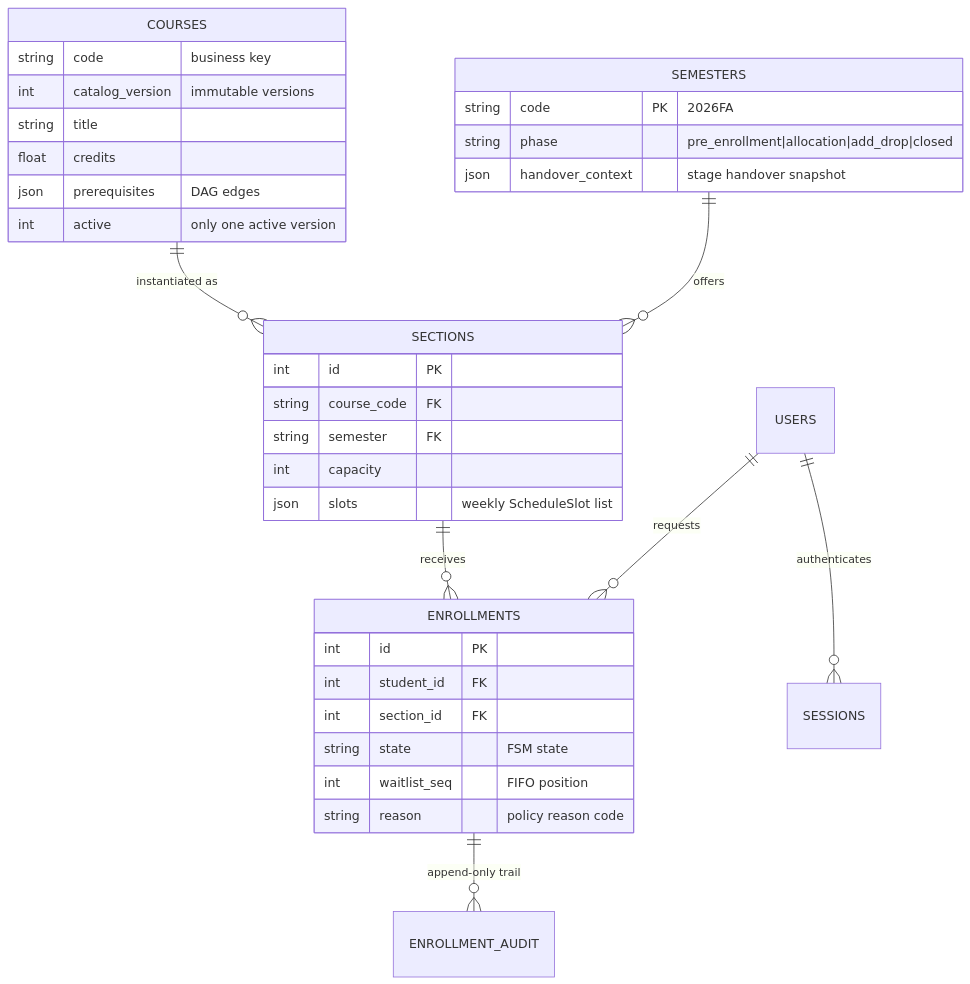
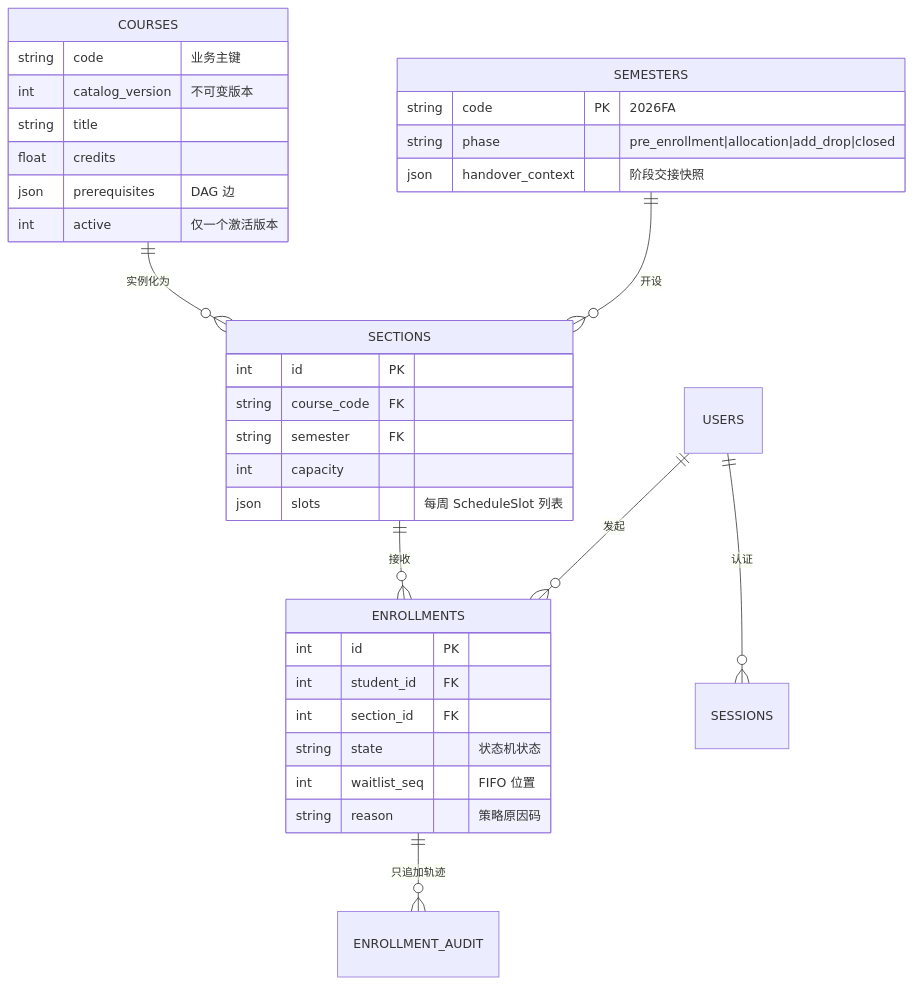
Before and after one commit to yuedu16night/courseflow: the second of 6 diagrams in docs/report.md, drawn with Mermaid. The commit also changed other lines of this file and 6 other files, not shown here.

````diff
--- a/docs/report.md
+++ b/docs/report.md
@@ -178,37 +107,37 @@
 ```mermaid
 erDiagram
-    USERS ||--o{ ENROLLMENTS : "requests"
-    USERS ||--o{ SESSIONS : "authenticates"
-    SEMESTERS ||--o{ SECTIONS : "offers"
-    COURSES ||--o{ SECTIONS : "instantiated as"
-    SECTIONS ||--o{ ENROLLMENTS : "receives"
-    ENROLLMENTS ||--o{ ENROLLMENT_AUDIT : "append-only trail"
+    USERS ||--o{ ENROLLMENTS : "发起"
+    USERS ||--o{ SESSIONS : "认证"
+    SEMESTERS ||--o{ SECTIONS : "开设"
+    COURSES ||--o{ SECTIONS : "实例化为"
+    SECTIONS ||--o{ ENROLLMENTS : "接收"
+    ENROLLMENTS ||--o{ ENROLLMENT_AUDIT : "只追加轨迹"
     SEMESTERS {
         string code PK "2026FA"
         string phase "pre_enrollment|allocation|add_drop|closed"
-        json handover_context "stage handover snapshot"
+        json handover_context "阶段交接快照"
     }
     COURSES {
-        string code "business key"
-        int catalog_version "immutable versions"
+        string code "业务主键"
+        int catalog_version "不可变版本"
         string title
         float credits
-        json prerequisites "DAG edges"
-        int active "only one active version"
+        json prerequisites "DAG 边"
+        int active "仅一个激活版本"
     }
     SECTIONS {
         int id PK
         string course_code FK
         string semester FK
         int capacity
-        json slots "weekly ScheduleSlot list"
+        json slots "每周 ScheduleSlot 列表"
     }
     ENROLLMENTS {
         int id PK
         int student_id FK
         int section_id FK
-        string state "FSM state"
-        int waitlist_seq "FIFO position"
-        string reason "policy reason code"
+        string state "状态机状态"
+        int waitlist_seq "FIFO 位置"
+        string reason "策略原因码"
     }
 ```
````
